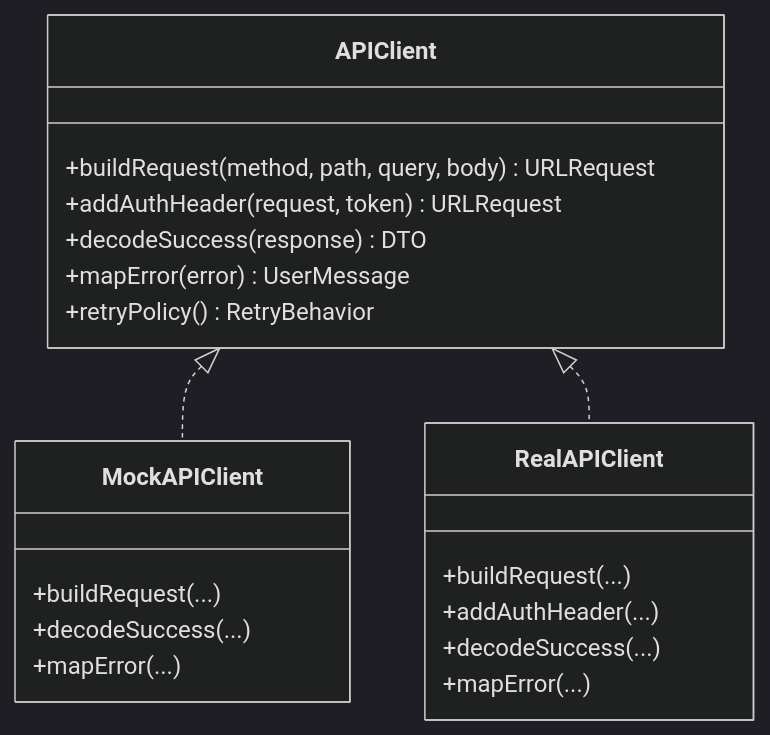
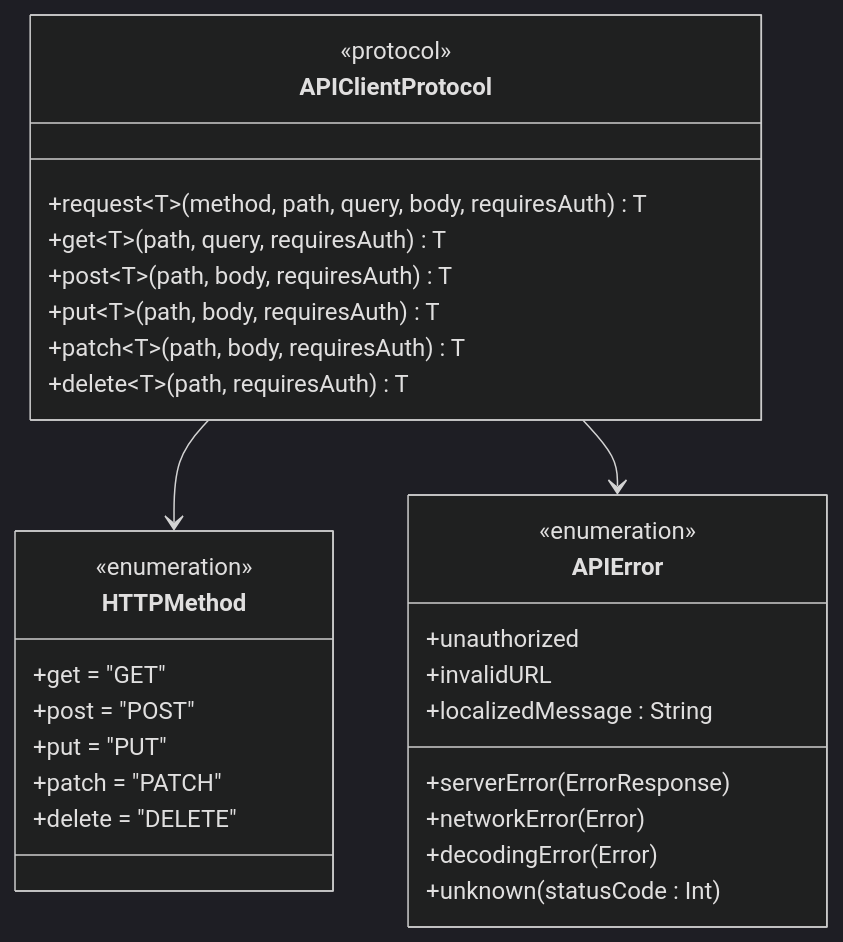
One commit to Jayden23018/blind-run-ios changed the fifth of 6 diagrams in .qoder/repowiki/zh/content/架构设计/API 环境配置.md. Above: the diagram before and after it, drawn with Mermaid (dark theme). The commit also changed other lines of this file and 35 other files, not shown here.

Commit message:
Implement backend auth and role-switch flow

````diff
--- a/.qoder/repowiki/zh/content/架构设计/API 环境配置.md
+++ b/.qoder/repowiki/zh/content/架构设计/API 环境配置.md
@@ -200,23 +279,32 @@
 ```mermaid
 classDiagram
-class APIClient {
-+buildRequest(method, path, query, body) URLRequest
-+addAuthHeader(request, token) URLRequest
-+decodeSuccess(response) DTO
-+mapError(error) UserMessage
-+retryPolicy() RetryBehavior
+class APIClientProtocol {
+<<protocol>>
++request~T~(method, path, query, body, requiresAuth) T
++get~T~(path, query, requiresAuth) T
++post~T~(path, body, requiresAuth) T
++put~T~(path, body, requiresAuth) T
++patch~T~(path, body, requiresAuth) T
++delete~T~(path, requiresAuth) T
 }
-class MockAPIClient {
-+buildRequest(...)
-+decodeSuccess(...)
-+mapError(...)
+class APIError {
+<<enumeration>>
++serverError(ErrorResponse)
++unauthorized
++networkError(Error)
++decodingError(Error)
++invalidURL
++unknown(statusCode : Int)
++localizedMessage : String
 }
-class RealAPIClient {
-+buildRequest(...)
-+addAuthHeader(...)
-+decodeSuccess(...)
-+mapError(...)
+class HTTPMethod {
+<<enumeration>>
++get = "GET"
++post = "POST"
++put = "PUT"
++patch = "PATCH"
++delete = "DELETE"
 }
-APIClient <|.. MockAPIClient
-APIClient <|.. RealAPIClient
+APIClientProtocol --> HTTPMethod
+APIClientProtocol --> APIError
 ```
````
